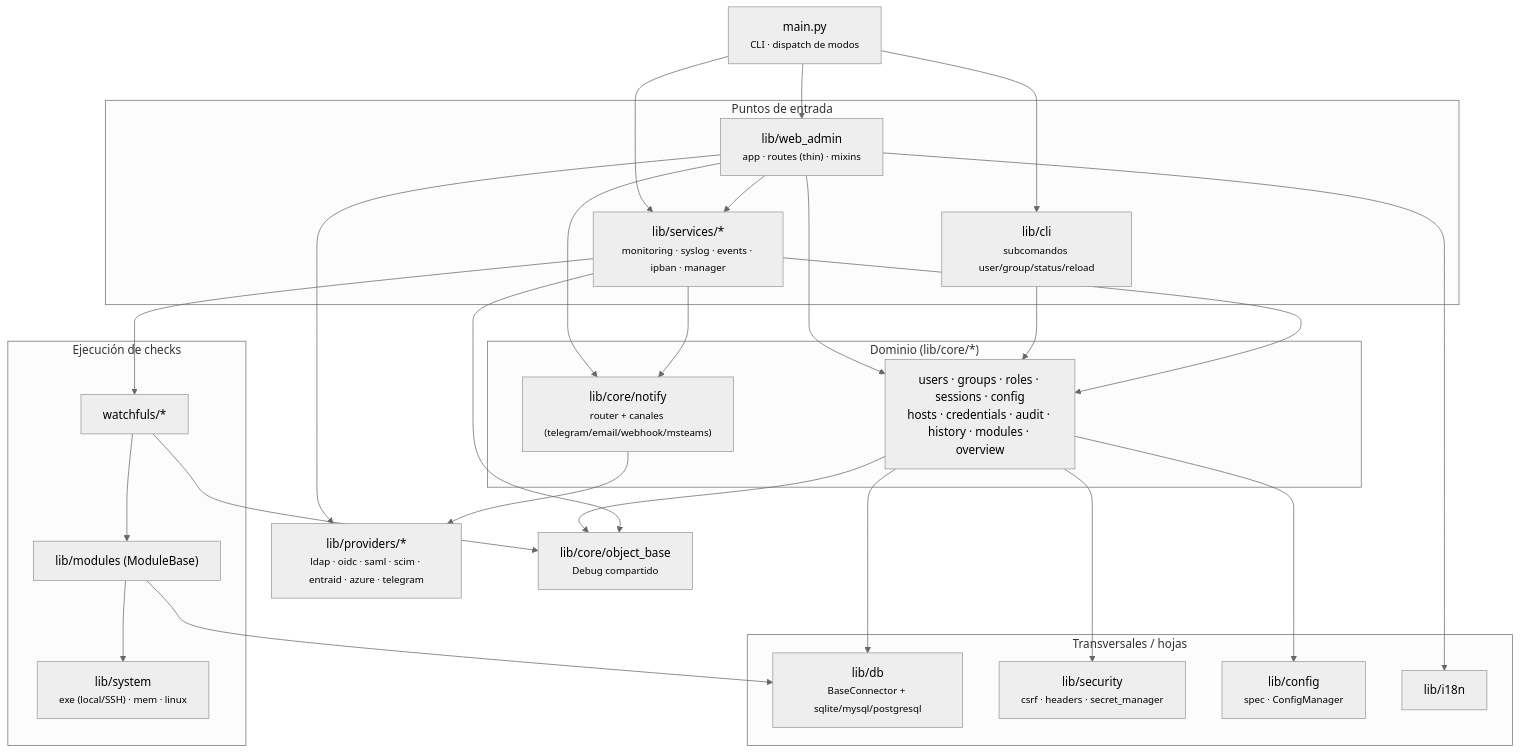
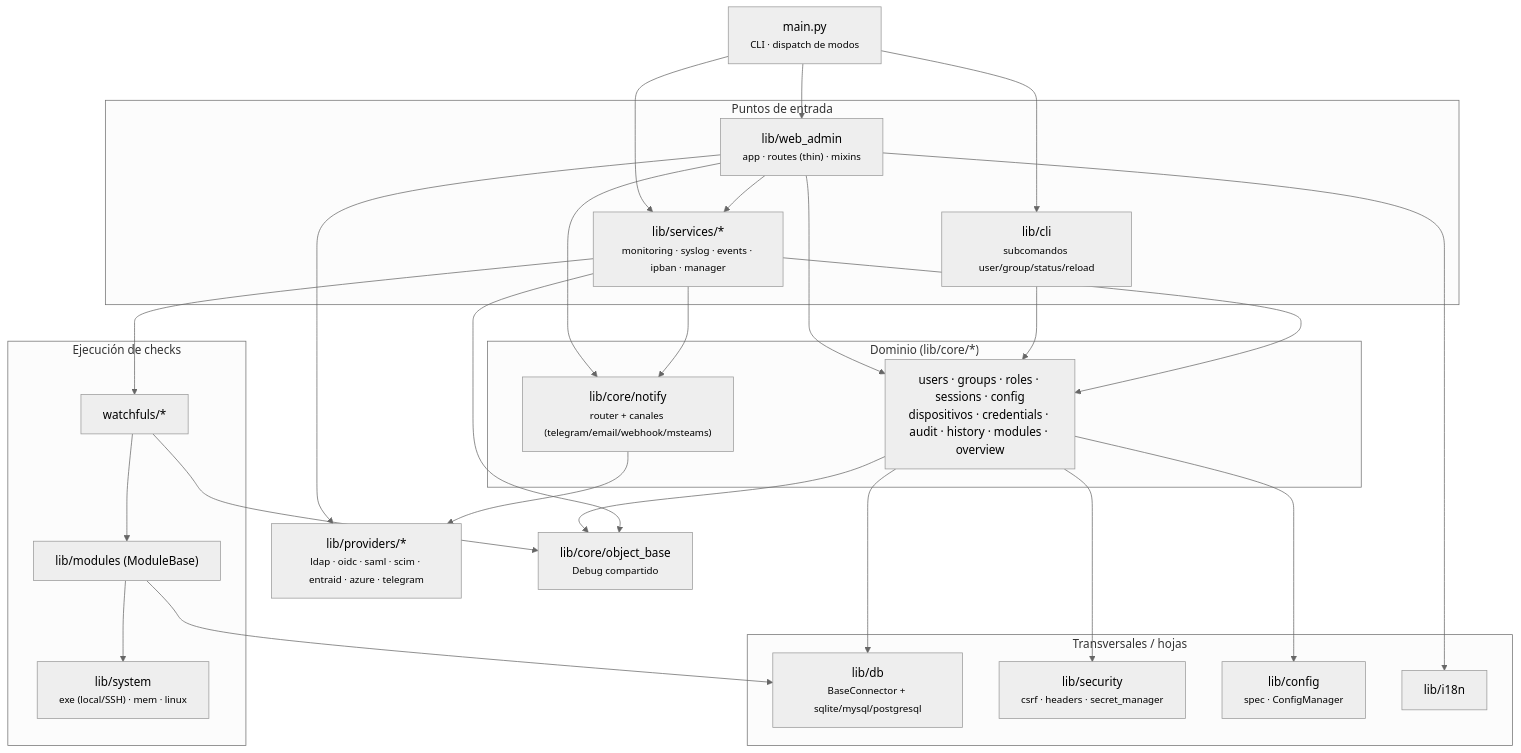
The second of 6 diagrams in docs/explica-arquitectura.md (vsc55/ServiceSentry), drawn with Mermaid (neutral theme) before and after one commit. The commit also changed other lines of this file and 314 other files, not shown here.

````diff
--- a/docs/explica-arquitectura.md
+++ b/docs/explica-arquitectura.md
@@ -39,55 +39,55 @@
 ```mermaid
 flowchart TD
     main["main.py<br/><small>CLI · dispatch de modos</small>"]
 
     subgraph entrypoints["Puntos de entrada"]
         web["lib/web_admin<br/><small>app · routes (thin) · mixins</small>"]
         svc["lib/services/*<br/><small>monitoring · syslog · events · ipban · manager</small>"]
         cli["lib/cli<br/><small>subcomandos user/group/status/reload</small>"]
     end
     main --> web
     main --> svc
     main --> cli
 
     subgraph domain["Dominio (lib/core/*)"]
-        core["users · groups · roles · sessions · config<br/>hosts · credentials · audit · history · modules · overview"]
+        core["users · groups · roles · sessions · config<br/>dispositivos · credentials · audit · history · modules · overview"]
         notify["lib/core/notify<br/><small>router + canales (telegram/email/webhook/msteams)</small>"]
     end
 
     prov["lib/providers/*<br/><small>ldap · oidc · saml · scim · entraid · azure · telegram</small>"]
 
     subgraph checks["Ejecución de checks"]
         watch["watchfuls/*"]
         modbase["lib/modules (ModuleBase)"]
         system["lib/system<br/><small>exe (local/SSH) · mem · linux</small>"]
     end
 
     subgraph leaves["Transversales / hojas"]
         db["lib/db<br/><small>BaseConnector + sqlite/mysql/postgresql</small>"]
         sec["lib/security<br/><small>csrf · headers · secret_manager</small>"]
         cfg["lib/config<br/><small>spec · ConfigManager</small>"]
         i18n["lib/i18n"]
     end
 
     base["lib/core/object_base<br/><small>Debug compartido</small>"]
 
     web --> core
     web --> notify
     web --> prov
     web --> svc
     web --> i18n
     cli --> core
     svc --> core
     svc --> notify
     core --> db
     core --> sec
     core --> cfg
     notify --> prov
     svc --> watch
     watch --> modbase
     modbase --> system
     modbase --> db
     core --> base
     svc --> base
     watch --> base
 ```
````
